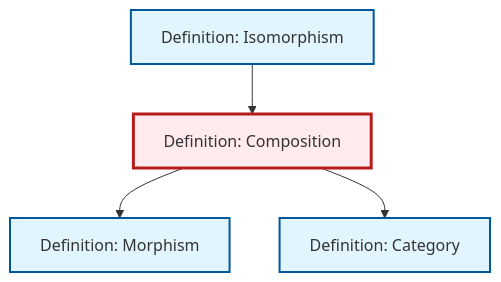
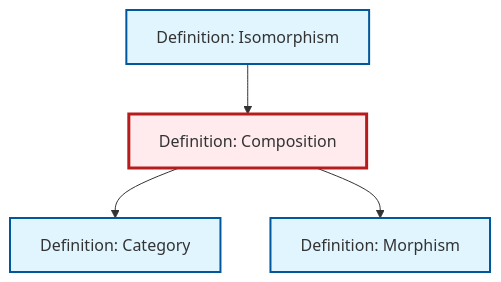
Before and after one commit to RK0429/ModernMath: the diagram in content/en/category-theory/def-composition.qmd, drawn with Mermaid. The commit also changed other lines of this file and 497 other files, not shown here.

````diff
--- a/content/en/category-theory/def-composition.qmd
+++ b/content/en/category-theory/def-composition.qmd
@@ -92,20 +92,20 @@
 ```{mermaid}
 %%| fig-cap: "Local dependency graph"
 graph TD
     classDef definition fill:#e1f5fe,stroke:#01579b,stroke-width:2px
     classDef theorem fill:#f3e5f5,stroke:#4a148c,stroke-width:2px
     classDef axiom fill:#fff3e0,stroke:#e65100,stroke-width:2px
     classDef example fill:#e8f5e9,stroke:#1b5e20,stroke-width:2px
     classDef current fill:#ffebee,stroke:#b71c1c,stroke-width:3px
-    def-category["Definition: Category"]:::definition
-    def-isomorphism["Definition: Isomorphism"]:::definition
     def-composition["Definition: Composition"]:::definition
     def-morphism["Definition: Morphism"]:::definition
+    def-isomorphism["Definition: Isomorphism"]:::definition
+    def-category["Definition: Category"]:::definition
+    def-composition --> def-category
     def-isomorphism --> def-composition
     def-composition --> def-morphism
-    def-composition --> def-category
     class def-composition current
+    click def-morphism "def-morphism.html" "Go to Morphism definition"
+    click def-isomorphism "def-isomorphism.html" "Go to Isomorphism definition"
     click def-category "def-category.html" "Go to Category definition"
-    click def-isomorphism "def-isomorphism.html" "Go to Isomorphism definition"
-    click def-morphism "def-morphism.html" "Go to Morphism definition"
 ```
````
